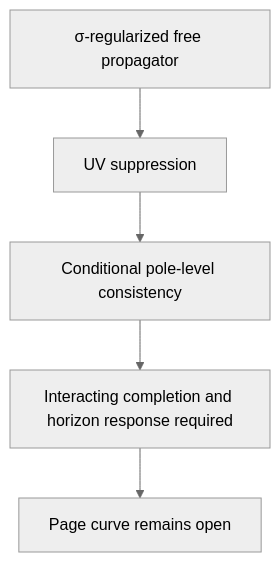
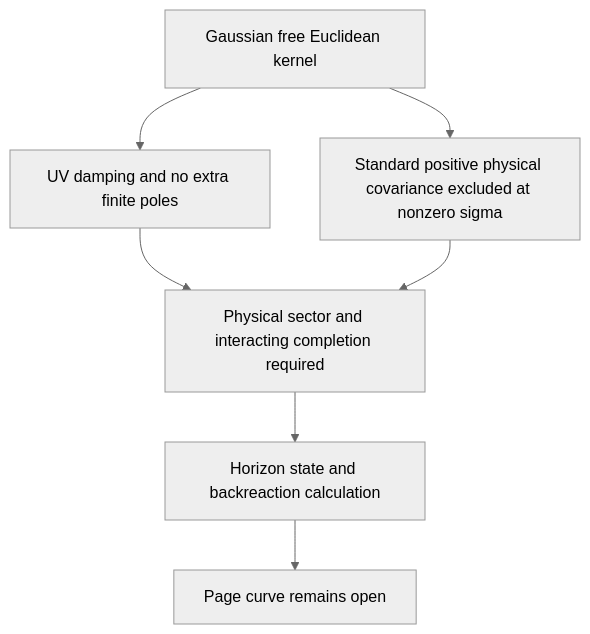
Before and after one commit to CassiTheOracle/cassi: diagram 21 of 37 in CassiTheory/open-questions-cassi-answers.md, drawn with Mermaid (neutral theme). The commit also changed other lines of this file and 18 other files, not shown here.

````diff
--- a/CassiTheory/open-questions-cassi-answers.md
+++ b/CassiTheory/open-questions-cassi-answers.md
@@ -865,7 +875,9 @@
 ```mermaid
 flowchart TD
-    A[σ-regularized free propagator] --> B[UV suppression]
-    B --> C[Conditional pole-level consistency]
-    C --> D[Interacting completion and horizon response required]
-    D --> E[Page curve remains open]
+    A[Gaussian free Euclidean kernel] --> B[UV damping and no extra finite poles]
+    A --> C[Standard positive physical covariance excluded at nonzero sigma]
+    B --> D[Physical sector and interacting completion required]
+    C --> D
+    D --> E[Horizon state and backreaction calculation]
+    E --> F[Page curve remains open]
 ```
````
